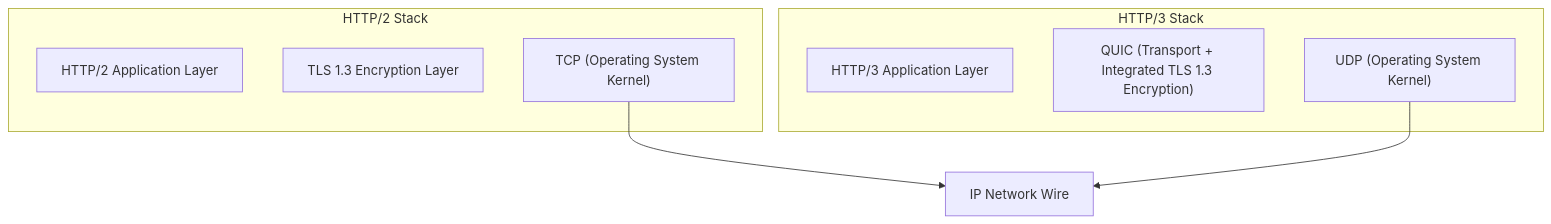
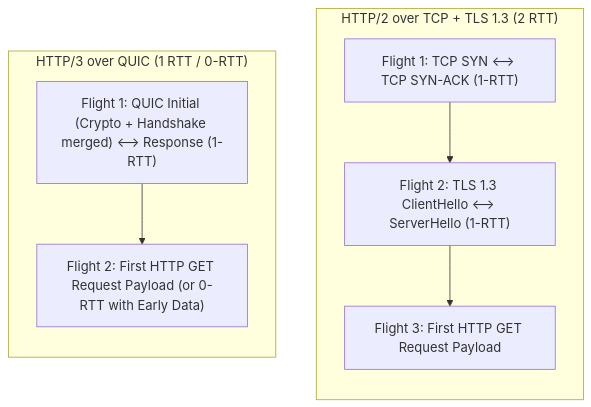
One commit to naimurhasan/naimurhasan.github.io changed the third of 3 diagrams in _posts/2026-09-14-http3-explained-why-the-internet-moved-to-quic.md. Above: the diagram before and after it, drawn with Mermaid. The commit also changed other lines of this file and 23 other files, not shown here.

````diff
--- a/_posts/2026-09-14-http3-explained-why-the-internet-moved-to-quic.md
+++ b/_posts/2026-09-14-http3-explained-why-the-internet-moved-to-quic.md
@@ -164,17 +83,17 @@
 ```mermaid
 flowchart TD
-  subgraph HTTP2 ["HTTP/2 Stack"]
-    A1["HTTP/2 Application Layer"]
-    B1["TLS 1.3 Encryption Layer"]
-    C1["TCP (Operating System Kernel)"]
+  subgraph Legacy ["HTTP/2 over TCP + TLS 1.3 (2 RTT)"]
+    direction TB
+    L1["Flight 1: TCP SYN <--> TCP SYN-ACK (1-RTT)"]
+    L2["Flight 2: TLS 1.3 ClientHello <--> ServerHello (1-RTT)"]
+    L3["Flight 3: First HTTP GET Request Payload"]
+    L1 --> L2 --> L3
   end
 
-  subgraph HTTP3 ["HTTP/3 Stack"]
-    A2["HTTP/3 Application Layer"]
-    B2["QUIC (Transport + Integrated TLS 1.3 Encryption)"]
-    C2["UDP (Operating System Kernel)"]
+  subgraph Modern ["HTTP/3 over QUIC (1 RTT / 0-RTT)"]
+    direction TB
+    M1["Flight 1: QUIC Initial (Crypto + Handshake merged) <--> Response (1-RTT)"]
+    M2["Flight 2: First HTTP GET Request Payload (or 0-RTT with Early Data)"]
+    M1 --> M2
   end
-
-  C1 --> IP["IP Network Wire"]
-  C2 --> IP
 ```
````
